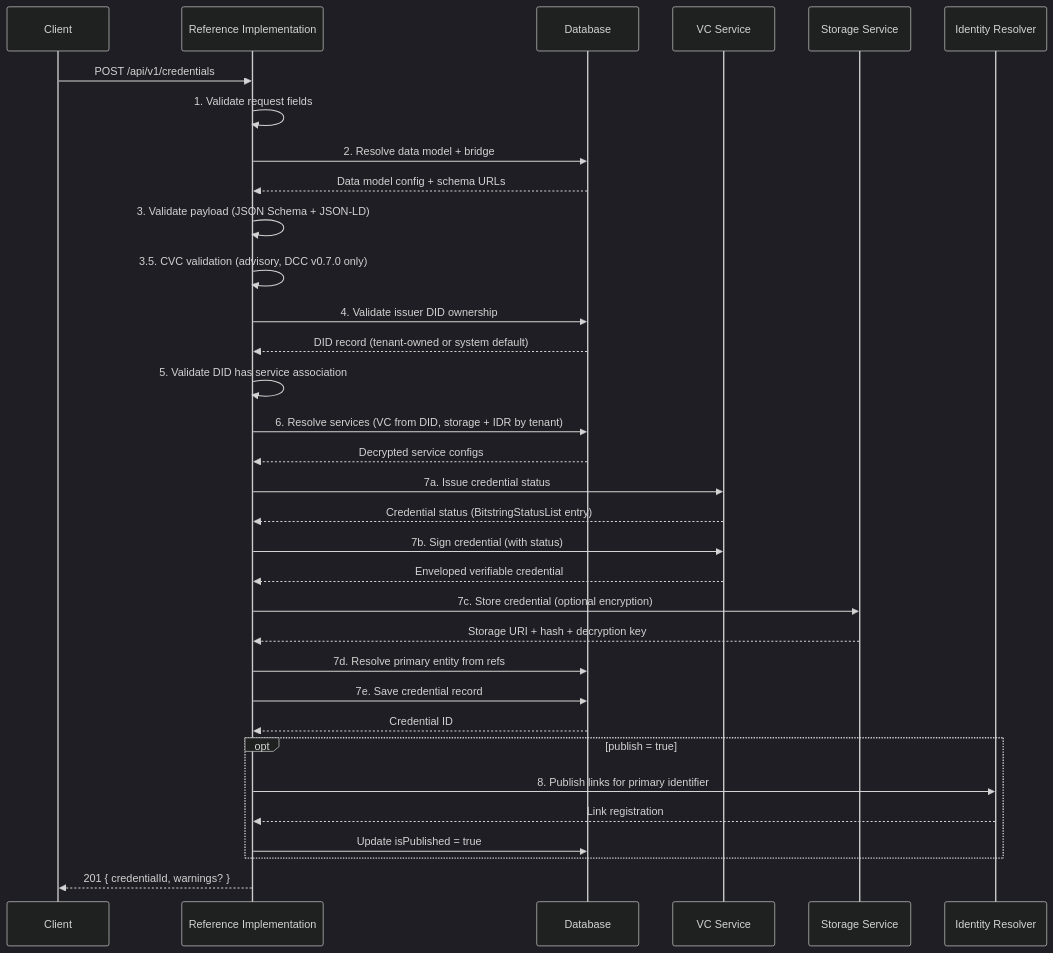
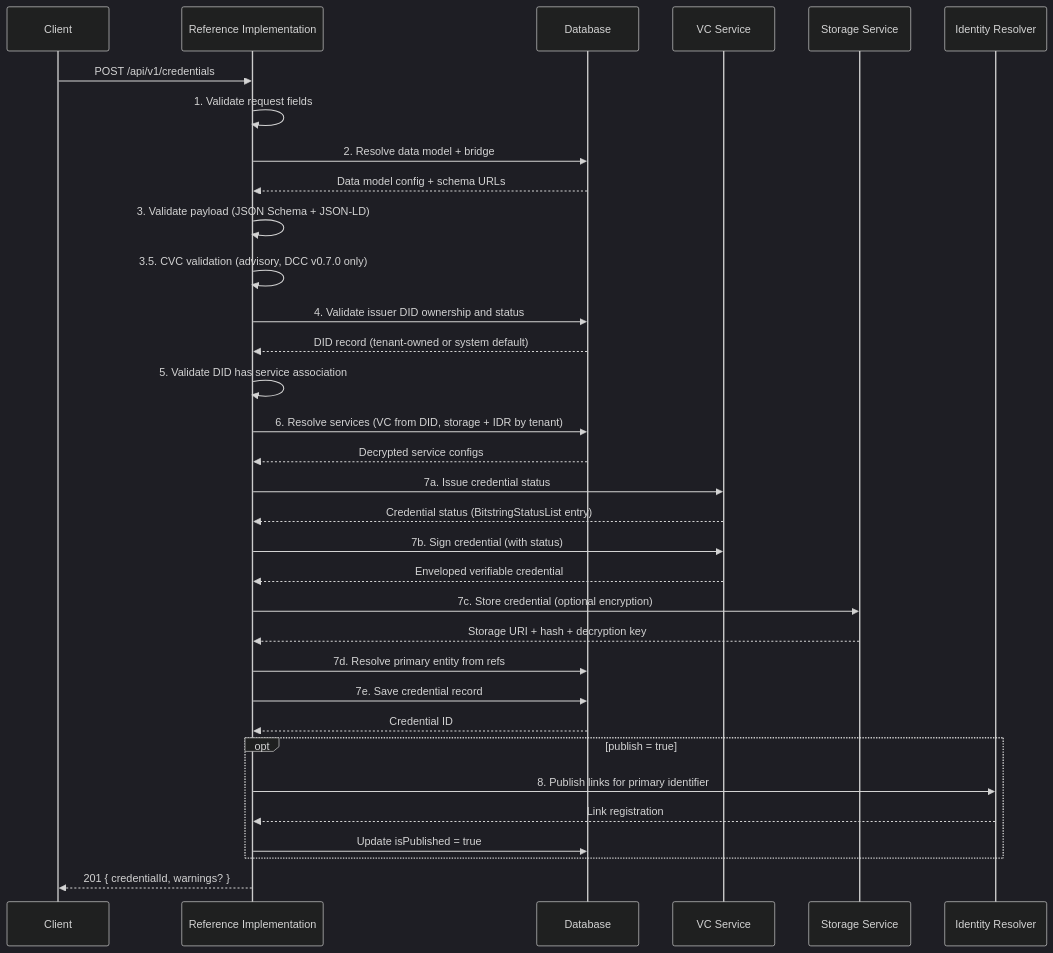
The first of 6 diagrams in documentation/versioned_docs/version-0.7.0/reference-implementation/api/credentials.md (uncefact/tests-untp), drawn with Mermaid (dark theme) before and after one commit. The commit also changed other lines of this file and 12 other files, not shown here.

Commit message:
fix(ri): refuse issuance with an issuer DID that is not ACTIVE or VERIFIED (#1134)

````diff
--- a/documentation/versioned_docs/version-0.7.0/reference-implementation/api/credentials.md
+++ b/documentation/versioned_docs/version-0.7.0/reference-implementation/api/credentials.md
@@ -89,36 +89,36 @@
 ```mermaid
 sequenceDiagram
     participant Client
     participant RI as Reference Implementation
     participant DB as Database
     participant VC as VC Service
     participant Storage as Storage Service
     participant IDR as Identity Resolver
 
     Client->>RI: POST /api/v1/credentials
     RI->>RI: 1. Validate request fields
     RI->>DB: 2. Resolve data model + bridge
     DB-->>RI: Data model config + schema URLs
     RI->>RI: 3. Validate payload (JSON Schema + JSON-LD)
     RI->>RI: 3.5. CVC validation (advisory, DCC v0.7.0 only)
-    RI->>DB: 4. Validate issuer DID ownership
+    RI->>DB: 4. Validate issuer DID ownership and status
     DB-->>RI: DID record (tenant-owned or system default)
     RI->>RI: 5. Validate DID has service association
     RI->>DB: 6. Resolve services (VC from DID, storage + IDR by tenant)
     DB-->>RI: Decrypted service configs
     RI->>VC: 7a. Issue credential status
     VC-->>RI: Credential status (BitstringStatusList entry)
     RI->>VC: 7b. Sign credential (with status)
     VC-->>RI: Enveloped verifiable credential
     RI->>Storage: 7c. Store credential (optional encryption)
     Storage-->>RI: Storage URI + hash + decryption key
     RI->>DB: 7d. Resolve primary entity from refs
     RI->>DB: 7e. Save credential record
     DB-->>RI: Credential ID
     opt publish = true
         RI->>IDR: 8. Publish links for primary identifier
         IDR-->>RI: Link registration
         RI->>DB: Update isPublished = true
     end
     RI-->>Client: 201 { credentialId, warnings? }
 ```
````
